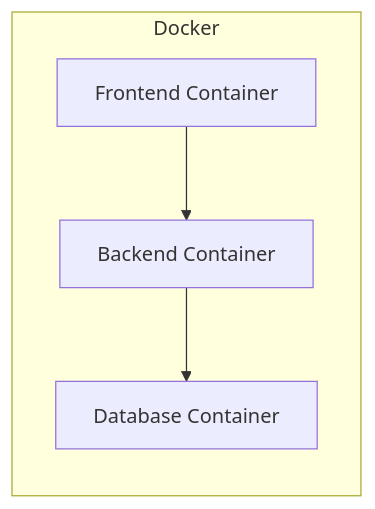
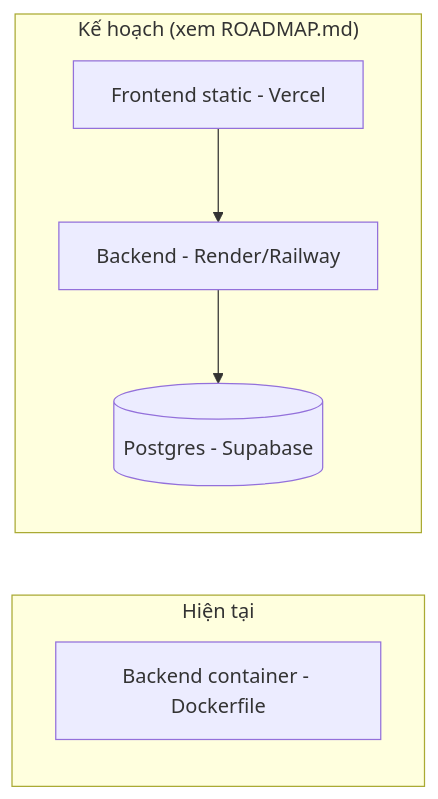
One commit to TueLT/Build-to-deploy changed the third of 3 diagrams in ARCHITECTURE.md. Above: the diagram before and after it, drawn with Mermaid. The commit also changed other lines of this file and 4 other files, not shown here.

First line of the commit message:
Sửa prompt tóm tắt bị lặp định dạng + lên roadmap hoàn thiện đề bài

````diff
--- a/ARCHITECTURE.md
+++ b/ARCHITECTURE.md
@@ -86,9 +124,12 @@
 ```mermaid
 graph LR
-    subgraph Docker
-        FE[Frontend Container]
-        BE[Backend Container]
-        DB_C[Database Container]
+    subgraph Hiện tại
+        BE_C[Backend container - Dockerfile]
     end
-    FE --> BE --> DB_C
+    subgraph "Kế hoạch (xem ROADMAP.md)"
+        FE_H[Frontend static - Vercel]
+        BE_H[Backend - Render/Railway]
+        DB_H[(Postgres - Supabase)]
+    end
+    FE_H --> BE_H --> DB_H
 ```
````
